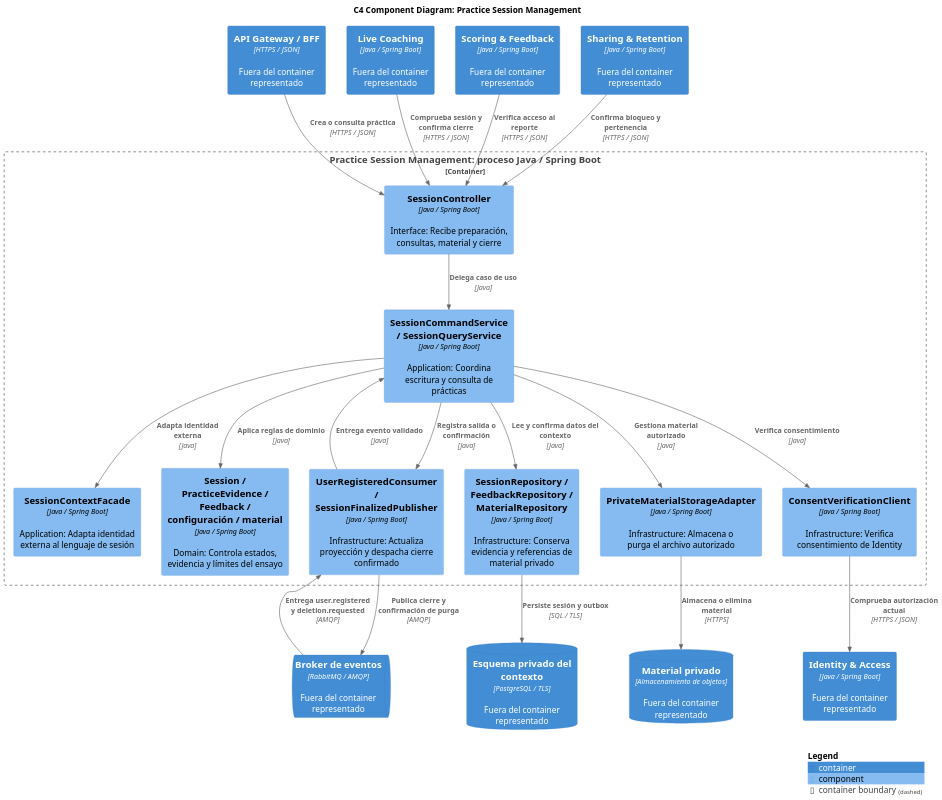
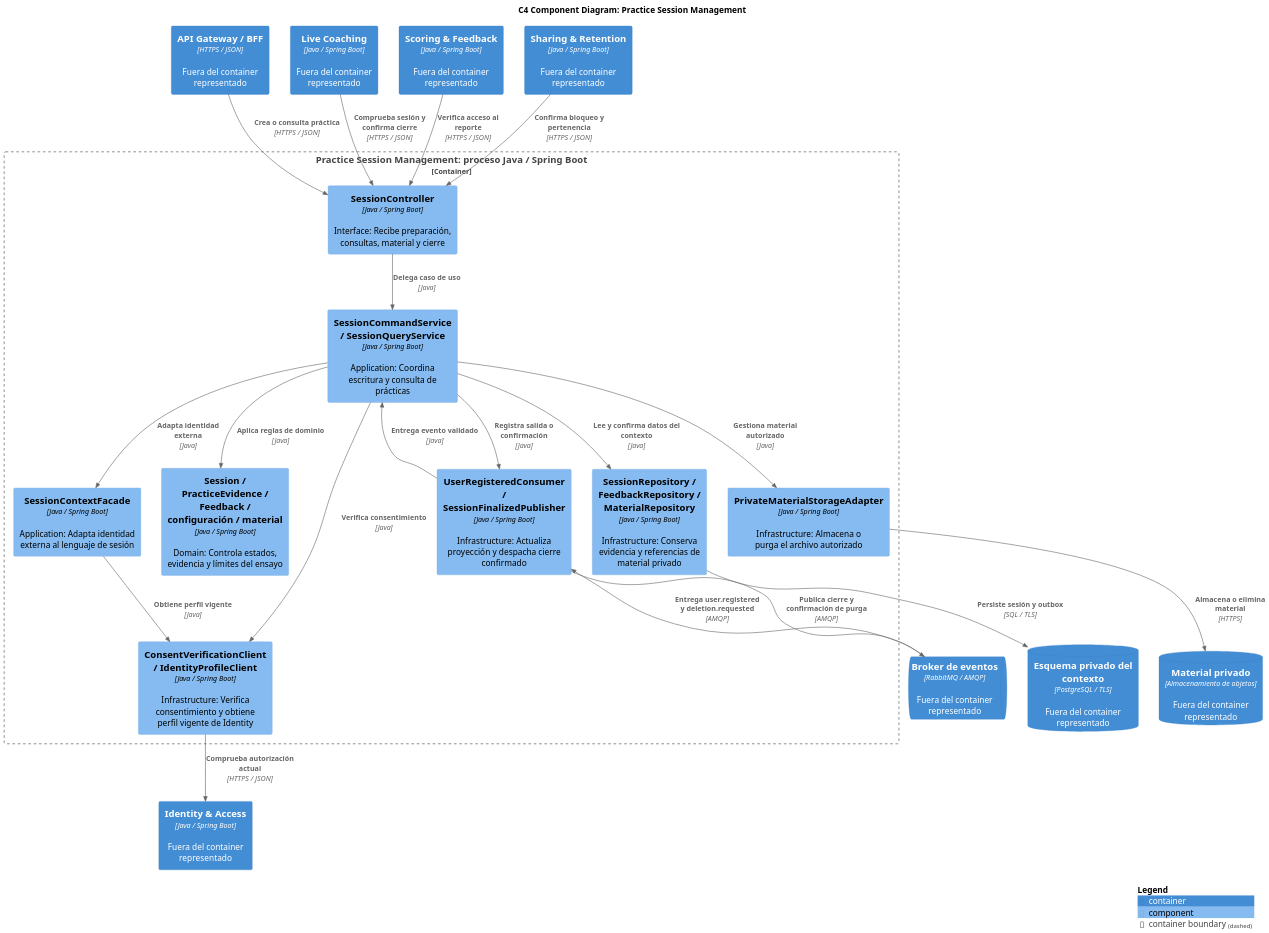
Before and after one commit to upc-pre-202620-si728-16365-thropic/talki-project-report: the diagram in assets/diagrams/tactical/04-practice-sessions-components.puml, drawn with PlantUML. The commit also changed 23 other files, not shown here.

```diff
--- a/assets/diagrams/tactical/04-practice-sessions-components.puml
+++ b/assets/diagrams/tactical/04-practice-sessions-components.puml
@@ -1,43 +1,44 @@
 @startuml
 !include <C4/C4_Component>
 skinparam defaultFontName Arial
 skinparam dpi 150
 LAYOUT_TOP_DOWN()
 title C4 Component Diagram: Practice Session Management
 Container(bff, "API Gateway / BFF", "HTTPS / JSON", "Fuera del container representado")
 ContainerQueue(bus, "Broker de eventos", "RabbitMQ / AMQP", "Fuera del container representado")
 ContainerDb(db, "Esquema privado del contexto", "PostgreSQL / TLS", "Fuera del container representado")
 Container(identity, "Identity & Access", "Java / Spring Boot", "Fuera del container representado")
 ContainerDb(store, "Material privado", "Almacenamiento de objetos", "Fuera del container representado")
 Container(live, "Live Coaching", "Java / Spring Boot", "Fuera del container representado")
 Container(scoring, "Scoring & Feedback", "Java / Spring Boot", "Fuera del container representado")
 Container(sharing, "Sharing & Retention", "Java / Spring Boot", "Fuera del container representado")
 Container_Boundary(scope, "Practice Session Management: proceso Java / Spring Boot") {
   Component(api, "SessionController", "Java / Spring Boot", "Interface: Recibe preparación, consultas, material y cierre")
   Component(app, "SessionCommandService / SessionQueryService", "Java / Spring Boot", "Application: Coordina escritura y consulta de prácticas")
   Component(acl, "SessionContextFacade", "Java / Spring Boot", "Application: Adapta identidad externa al lenguaje de sesión")
   Component(rules, "Session / PracticeEvidence / Feedback / configuración / material", "Java / Spring Boot", "Domain: Controla estados, evidencia y límites del ensayo")
   Component(repo, "SessionRepository / FeedbackRepository / MaterialRepository", "Java / Spring Boot", "Infrastructure: Conserva evidencia y referencias de material privado")
   Component(storage, "PrivateMaterialStorageAdapter", "Java / Spring Boot", "Infrastructure: Almacena o purga el archivo autorizado")
   Component(messaging, "UserRegisteredConsumer / SessionFinalizedPublisher", "Java / Spring Boot", "Infrastructure: Actualiza proyección y despacha cierre confirmado")
-  Component(consentClient, "ConsentVerificationClient", "Java / Spring Boot", "Infrastructure: Verifica consentimiento de Identity")
+  Component(consentClient, "ConsentVerificationClient / IdentityProfileClient", "Java / Spring Boot", "Infrastructure: Verifica consentimiento y obtiene perfil vigente de Identity")
 }
 Rel(api, app, "Delega caso de uso", "Java")
 Rel(messaging, app, "Entrega evento validado", "Java")
 Rel(app, rules, "Aplica reglas de dominio", "Java")
 Rel(app, repo, "Lee y confirma datos del contexto", "Java")
 Rel(app, consentClient, "Verifica consentimiento", "Java")
+Rel(acl, consentClient, "Obtiene perfil vigente", "Java")
 Rel(app, storage, "Gestiona material autorizado", "Java")
 Rel(app, acl, "Adapta identidad externa", "Java")
 Rel(app, messaging, "Registra salida o confirmación", "Java")
 Rel(live, api, "Comprueba sesión y confirma cierre", "HTTPS / JSON")
 Rel(scoring, api, "Verifica acceso al reporte", "HTTPS / JSON")
 Rel(sharing, api, "Confirma bloqueo y pertenencia", "HTTPS / JSON")
 Rel(bff, api, "Crea o consulta práctica", "HTTPS / JSON")
 Rel(repo, db, "Persiste sesión y outbox", "SQL / TLS")
 Rel(storage, store, "Almacena o elimina material", "HTTPS")
 Rel(bus, messaging, "Entrega user.registered y deletion.requested", "AMQP")
 Rel(messaging, bus, "Publica cierre y confirmación de purga", "AMQP")
 Rel(consentClient, identity, "Comprueba autorización actual", "HTTPS / JSON")
 SHOW_LEGEND()
 @enduml
```
